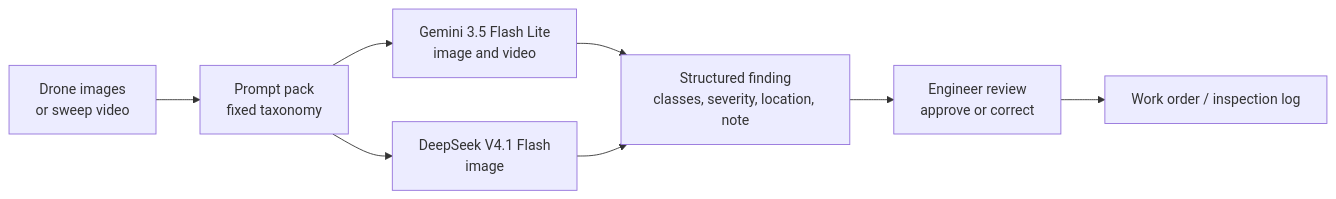
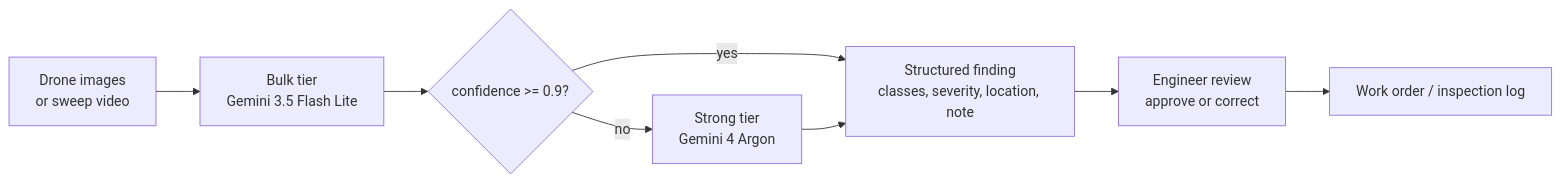
One commit to Aprameya-C-V/cg-bi changed the diagram in README.md. Above: the diagram before and after it, drawn with Mermaid. The commit also changed other lines of this file and 13 other files, not shown here.

Commit message:
cascade: measured two-tier routing, confidence gate, corrected critical recall

````diff
--- a/README.md
+++ b/README.md
@@ -34,10 +36,10 @@
 ```mermaid
 flowchart LR
-    D["Drone images<br/>or sweep video"] --> P["Prompt pack<br/>fixed taxonomy"]
-    P --> G["Gemini 3.5 Flash Lite<br/>image and video"]
-    P --> K["DeepSeek V4.1 Flash<br/>image"]
-    G --> J["Structured finding<br/>classes, severity, location, note"]
-    K --> J
+    D["Drone images<br/>or sweep video"] --> L["Bulk tier<br/>Gemini 3.5 Flash Lite"]
+    L --> C{"confidence >= 0.9?"}
+    C -->|yes| J["Structured finding<br/>classes, severity, location, note"]
+    C -->|no| A["Strong tier<br/>Gemini 4 Argon"]
+    A --> J
     J --> R["Engineer review<br/>approve or correct"]
     R --> W["Work order / inspection log"]
 ```
````
